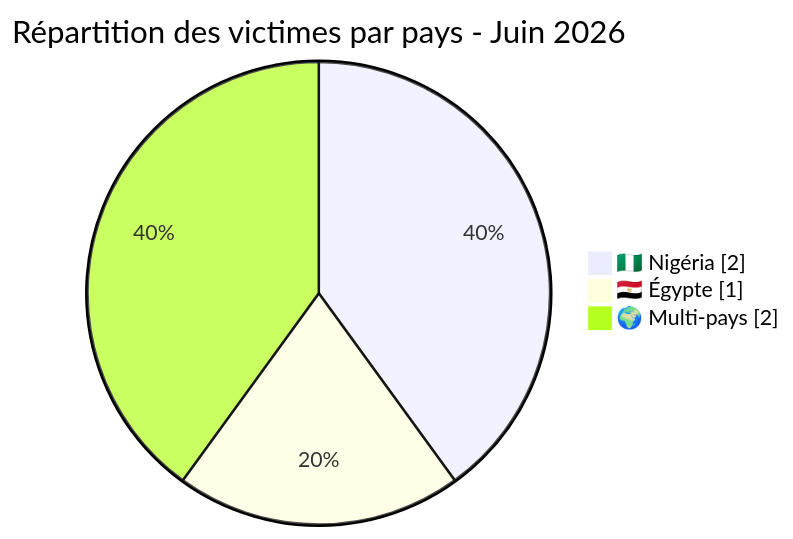
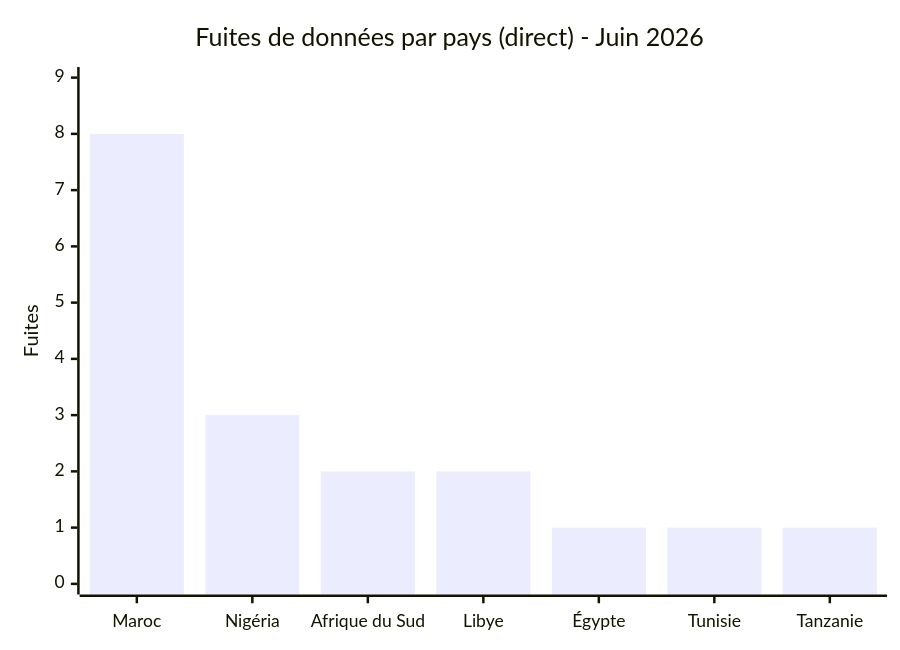
Before and after one commit to Hatchepsoute/AFRINTEL: the fourth of 7 diagrams in statistics/2026/06-june/README_FR.md, drawn with Mermaid. The commit also changed other lines of this file and 18 other files, not shown here.

````diff
--- a/statistics/2026/06-june/README_FR.md
+++ b/statistics/2026/06-june/README_FR.md
@@ -61,7 +161,7 @@
 ```mermaid
-pie showData
-    title Répartition des victimes par pays - Juin 2026
-    "🇳🇬 Nigéria" : 2
-    "🇪🇬 Égypte" : 1
-    "🌍 Multi-pays" : 2
+xychart-beta
+    title "Fuites de données par pays (direct) - Juin 2026"
+    x-axis ["Maroc","Nigéria","Afrique du Sud","Libye","Égypte","Tunisie","Tanzanie"]
+    y-axis "Fuites" 0 --> 9
+    bar [8,3,2,2,1,1,1]
 ```
````
